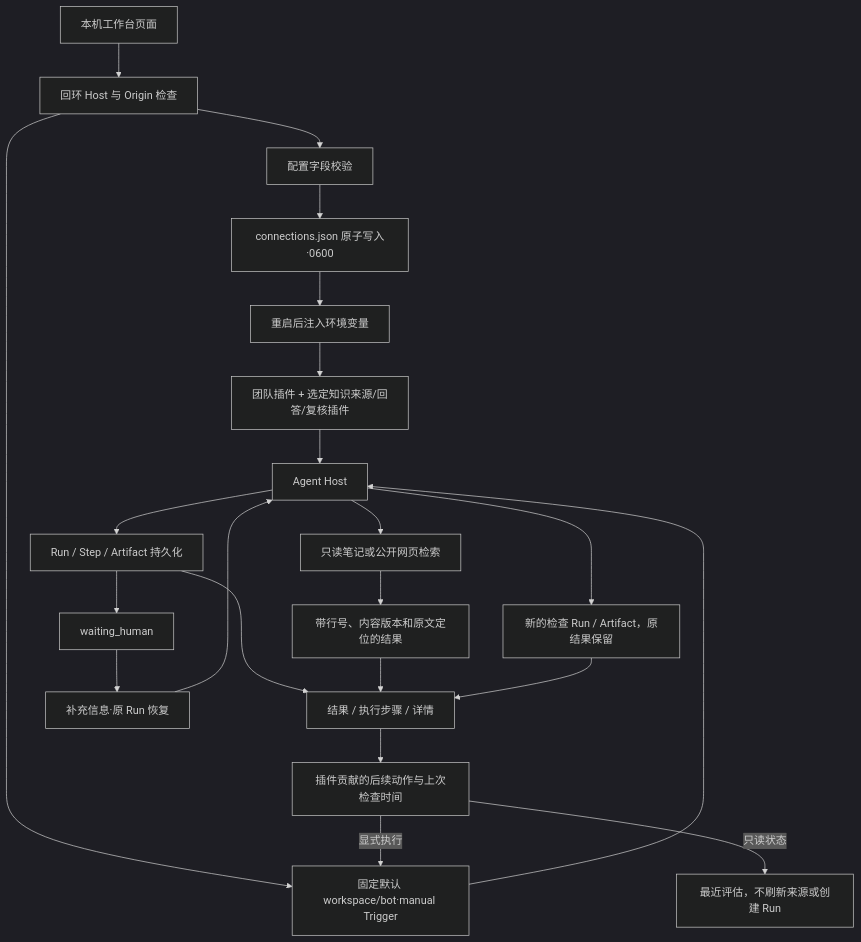
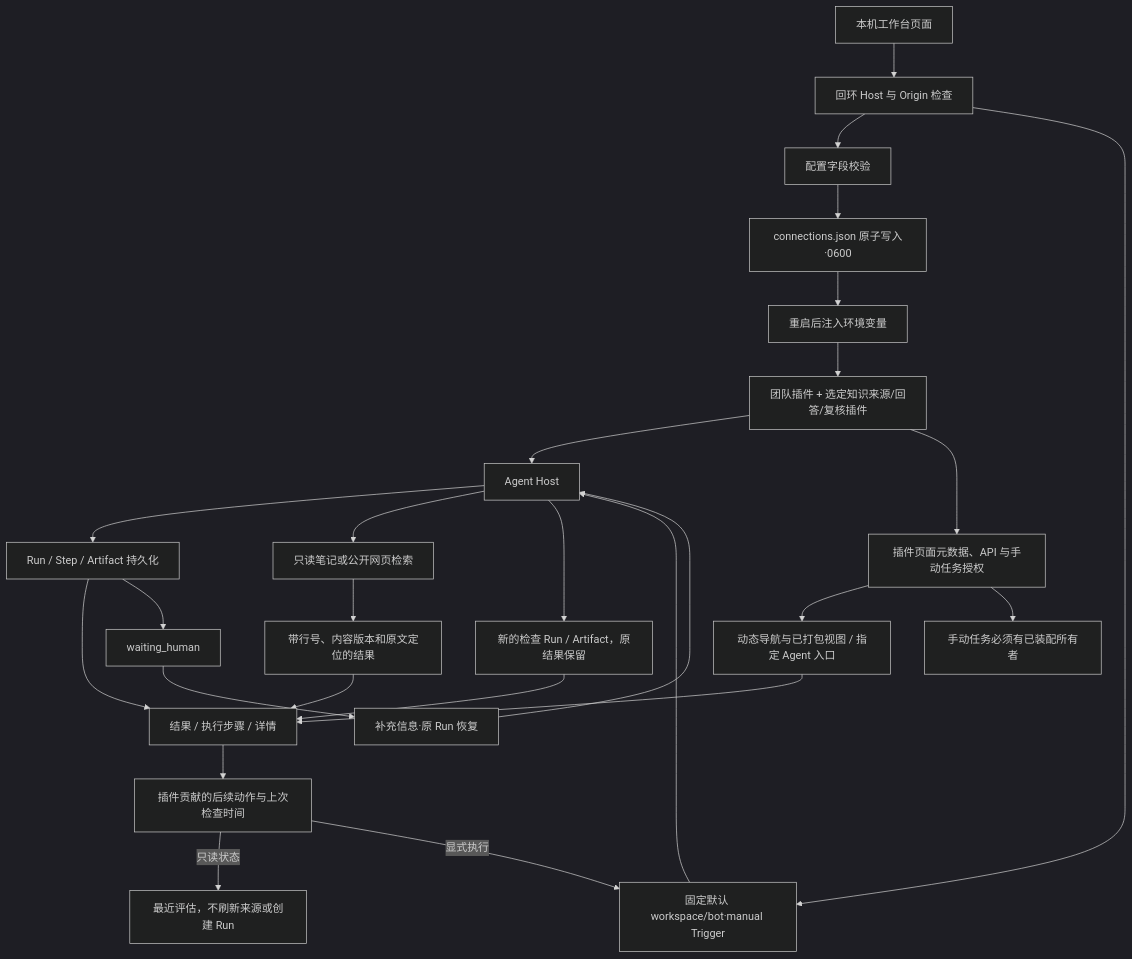
Before and after one commit to KlayPeter/AI-Delivery-Ops-Agent: the diagram in backend/src/platform/workspace/FEATURE.md, drawn with Mermaid (dark theme). The commit also changed other lines of this file and 39 other files, not shown here.

````diff
--- a/backend/src/platform/workspace/FEATURE.md
+++ b/backend/src/platform/workspace/FEATURE.md
@@ -19,24 +19,28 @@
 ```mermaid
 flowchart TD
     UI[本机工作台页面] --> G[回环 Host 与 Origin 检查]
     G --> CFG[配置字段校验]
     CFG --> FILE[connections.json 原子写入·0600]
     FILE --> BOOT[重启后注入环境变量]
     BOOT --> PL[团队插件 + 选定知识来源/回答/复核插件]
     PL --> H[Agent Host]
     G --> T[固定默认 workspace/bot·manual Trigger]
     T --> H
     H --> R[Run / Step / Artifact 持久化]
     R --> V[结果 / 执行步骤 / 详情]
     R --> WAIT[waiting_human]
     WAIT --> REPLY[补充信息·原 Run 恢复]
     REPLY --> H
     H --> K[只读笔记或公开网页检索]
     K --> EV[带行号、内容版本和原文定位的结果]
     EV --> V
+    PL --> WEB[插件页面元数据、API 与手动任务授权]
+    WEB --> NAV[动态导航与已打包视图 / 指定 Agent 入口]
+    NAV --> V
+    WEB --> JOBS[手动任务必须有已装配所有者]
     V --> ACT[插件贡献的后续动作与上次检查时间]
     ACT -- 只读状态 --> KV[最近评估，不刷新来源或创建 Run]
     ACT -- 显式执行 --> T
     H --> CHECK[新的检查 Run / Artifact，原结果保留]
     CHECK --> V
 ```
````
